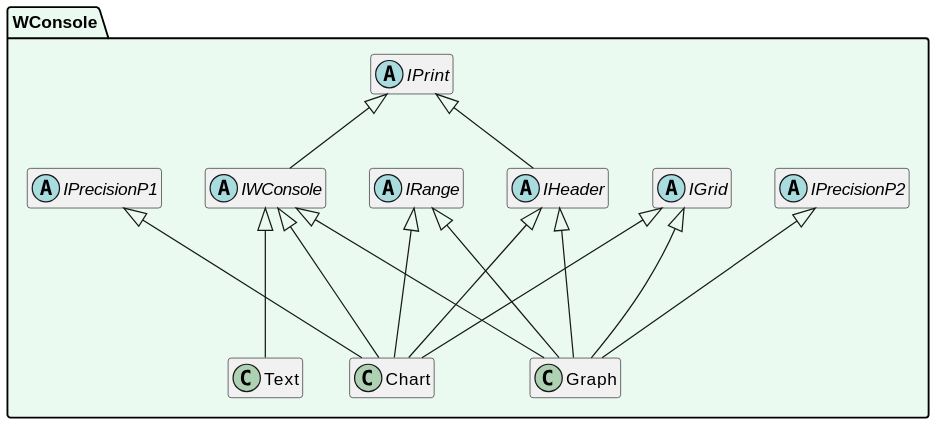
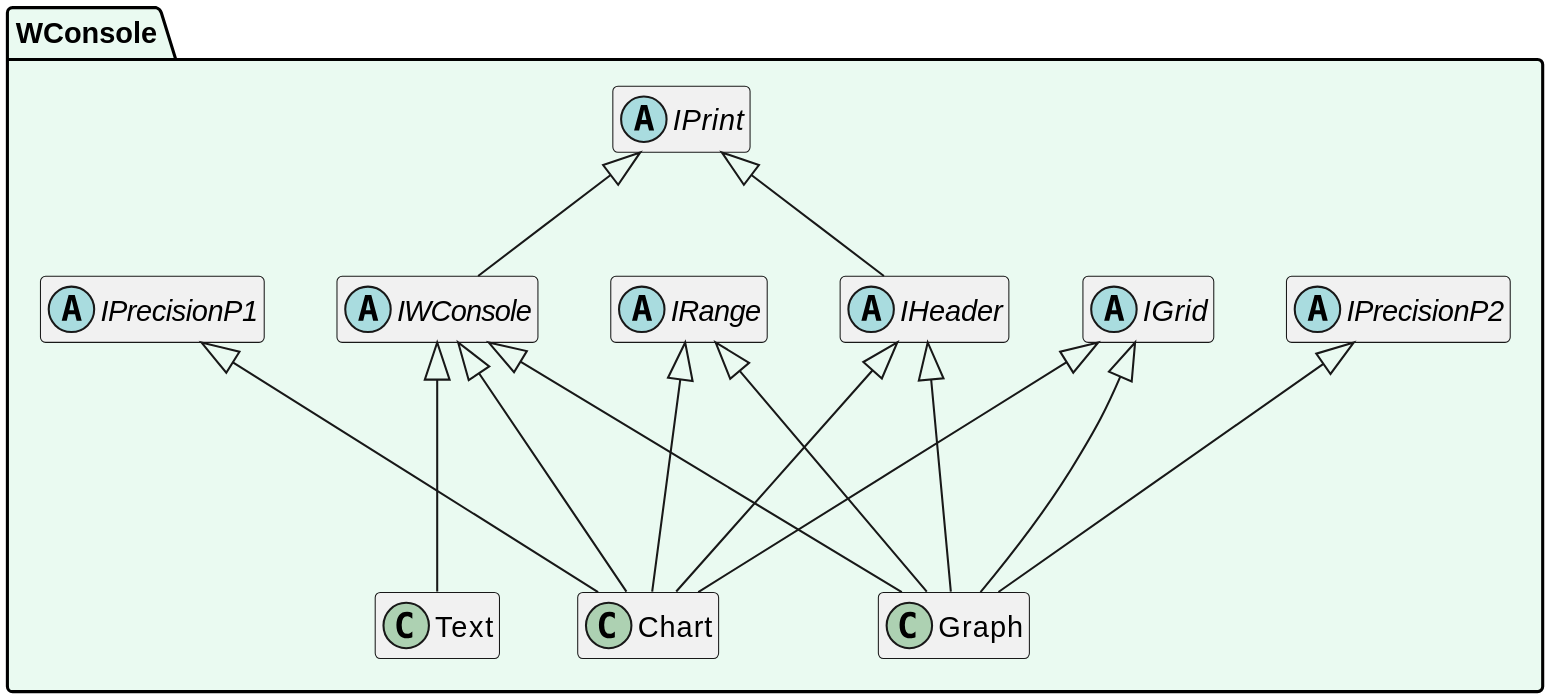
Before and after one commit to SergioStopkin/WideConsole: the diagram in doc/UMLClass.md, drawn with PlantUML.

Commit message:
Test some styles

````diff
--- a/doc/UMLClass.md
+++ b/doc/UMLClass.md
@@ -1,42 +1,42 @@
 ```plantuml
 @startuml
 
-scale 1200 width
-scale 600 height
+scale 1300 width
+scale 1000 height
 
 hide empty members
 
 namespace WConsole #EAFAF1 {
 
 abstract class IGrid
 abstract class IHeader
 abstract class IPrecisionP1
 abstract class IPrecisionP2
 abstract class IPrint
 abstract class IRange
 abstract class IWConsole
 class Chart
 class Graph
 class Text
 
 IPrint <|-- IHeader
 IPrint <|-- IWConsole
 
 IWConsole    <|--- Chart
 IHeader      <|--- Chart
 IPrecisionP1 <|---  Chart
 IRange       <|---  Chart
 IGrid        <|---  Chart
 
 IWConsole    <|--- Graph
 IHeader      <|--- Graph
 IPrecisionP2 <|---  Graph
 IRange       <|---  Graph
 IGrid        <|---  Graph
 
 IWConsole <|--- Text
 
 }
 
 @enduml
 ```
````
